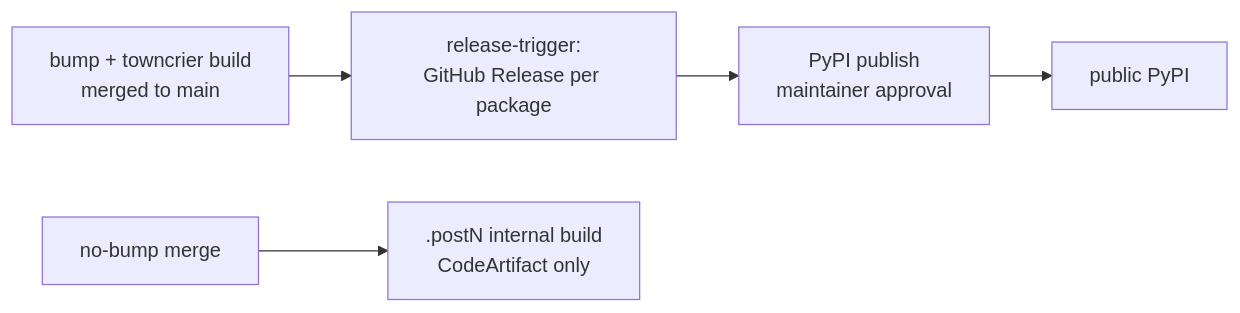
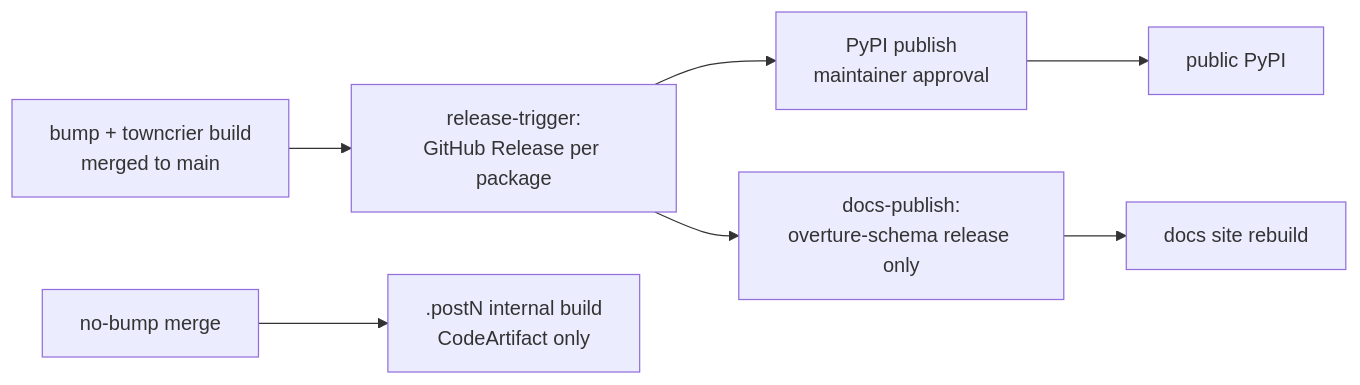
One commit to OvertureMaps/schema changed the diagram in docs/versioning.md. Above: the diagram before and after it, drawn with Mermaid. The commit also changed other lines of this file and 1 other file, not shown here.

First line of the commit message:
Trigger docs production build on overture-schema release

````diff
--- a/docs/versioning.md
+++ b/docs/versioning.md
@@ -178,6 +181,7 @@
 ```mermaid
 flowchart LR
     A[bump + towncrier build<br/>merged to main] --> B[release-trigger:<br/>GitHub Release per package]
     B --> C[PyPI publish<br/>maintainer approval] --> D[public PyPI]
+    B --> G[docs-publish:<br/>overture-schema release only] --> H[docs site rebuild]
     E[no-bump merge] --> F[.postN internal build<br/>CodeArtifact only]
 ```
````
